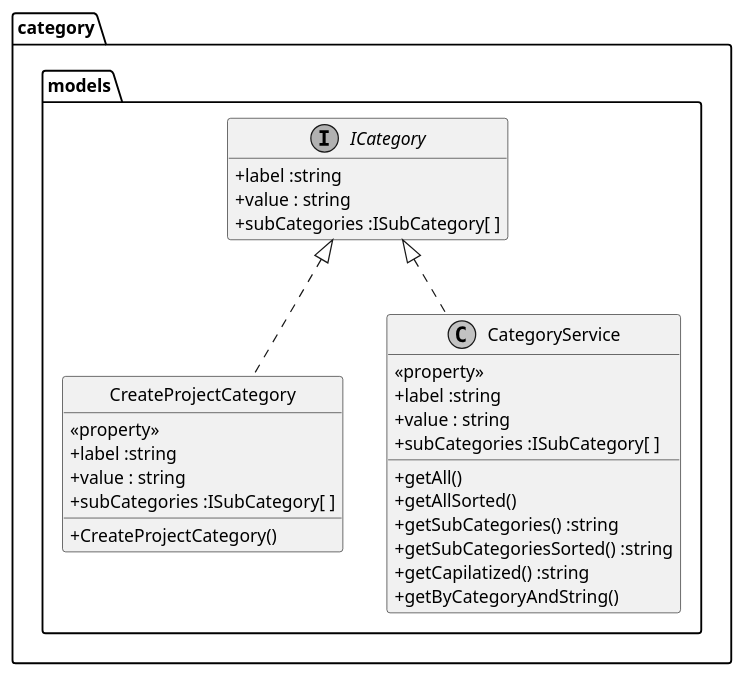
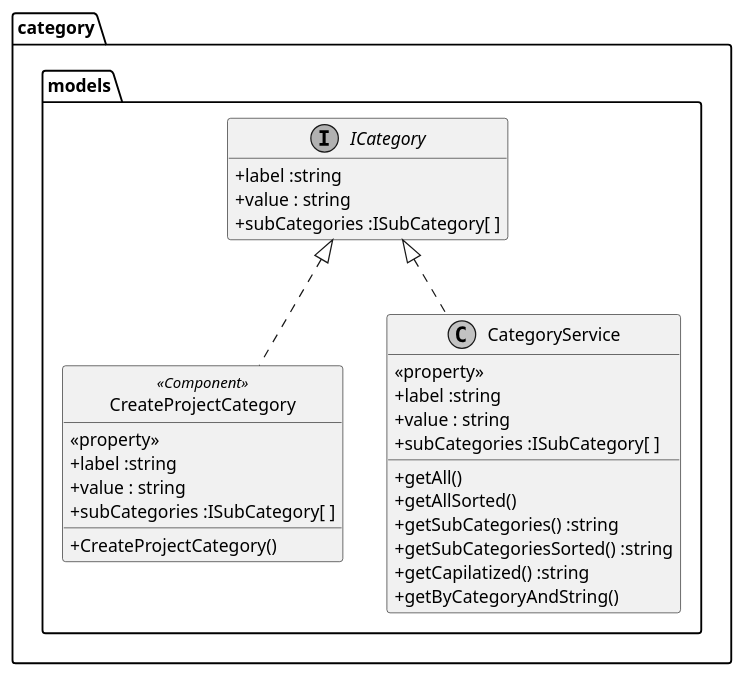
One commit to converge-app/software-design changed the diagram in diagrams/src/software-design/class-model-diagrams/category.models.pu. Above: the diagram before and after it, drawn with PlantUML. The commit also changed 18 other files, not shown here.

Commit message:
added service diagrams

```diff
--- a/diagrams/src/software-design/class-model-diagrams/category.models.pu
+++ b/diagrams/src/software-design/class-model-diagrams/category.models.pu
@@ -1,46 +1,46 @@
 @startuml
 
  skinparam monochrome true
  skinparam classAttributeIconSize 0
  top to bottom direction
 package "category.models"{
   
   interface "ICategory" {
     + label :string
     + value : string
     + subCategories :ISubCategory[ ]
     
   }
   hide ICategory  methods
 
-  class "CreateProjectCategory" {
+  class "CreateProjectCategory" <<Component>>{
 	+ CreateProjectCategory()
   <<property>>
     + label :string
     + value : string
     + subCategories :ISubCategory[ ]
 }
 
 hide CreateProjectCategory circle
 show CreateProjectCategory fields
 
   class "CategoryService" {
 	+ getAll()
   + getAllSorted()
   + getSubCategories() :string
   + getSubCategoriesSorted() :string
   + getCapilatized() :string
   + getByCategoryAndString()
   <<property>>
   + label :string
   + value : string
   + subCategories :ISubCategory[ ]
 }
   
   ICategory <|.. CreateProjectCategory 
   ICategory <|.. CategoryService
 
 }
 
 
 @enduml
```
